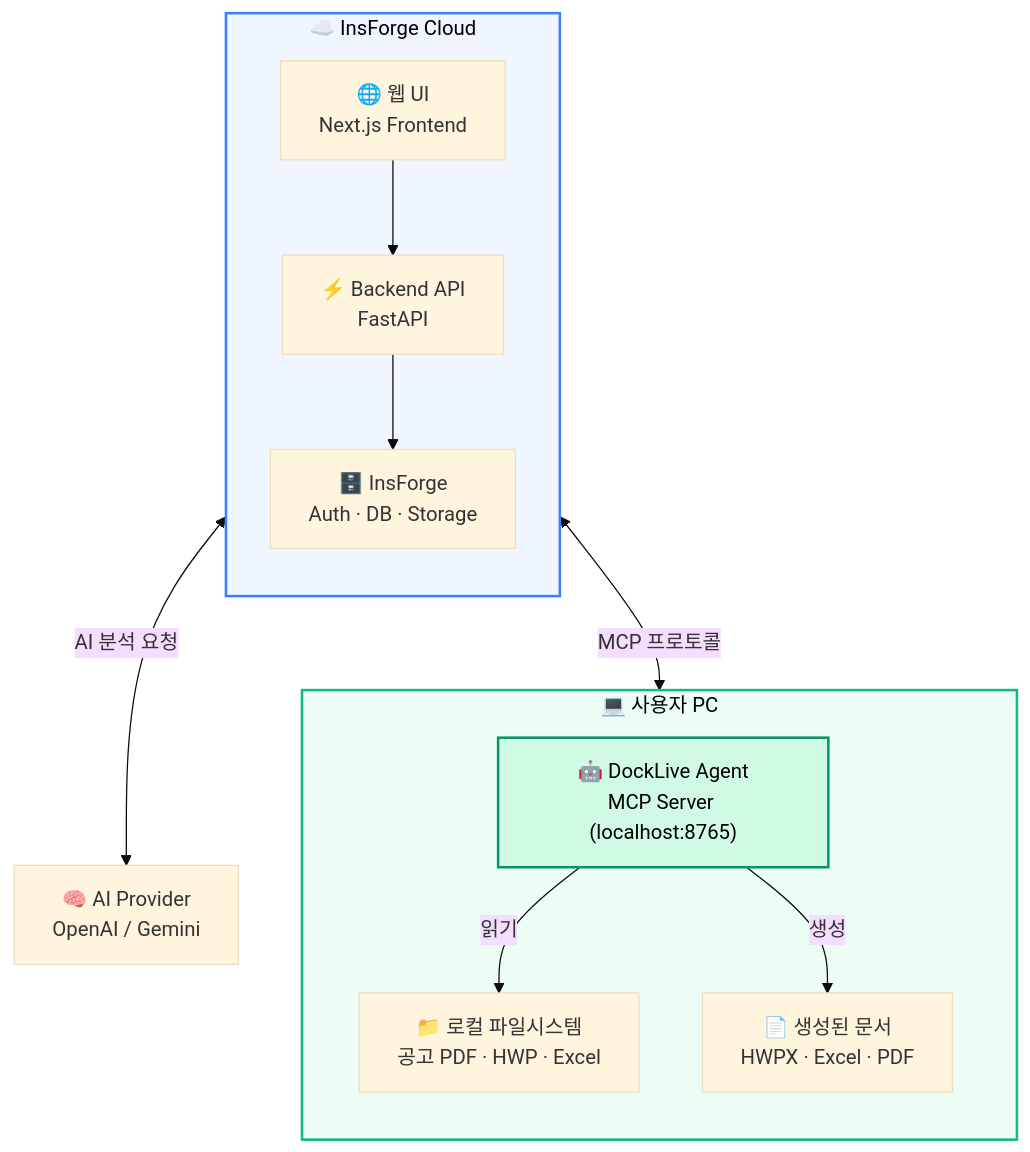
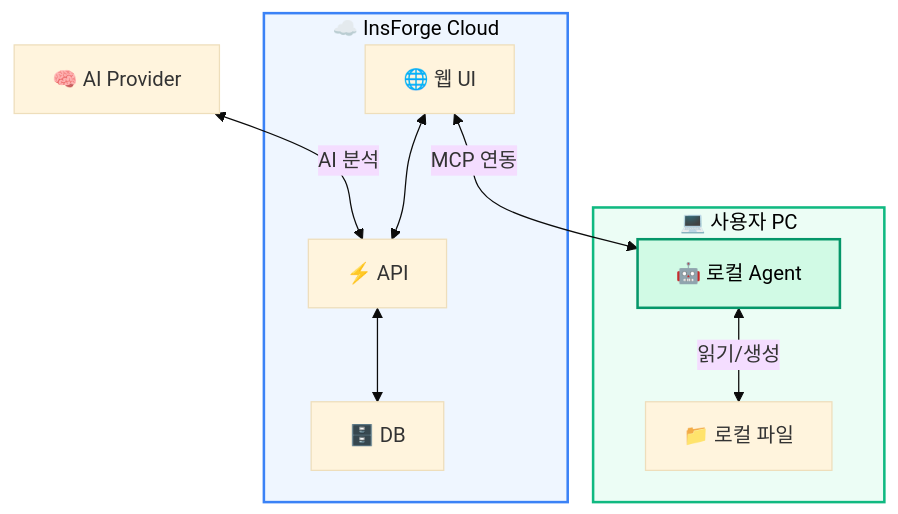
One commit to mingyugim090-debug/DockLive changed the first of 6 diagrams in README.md. Above: the diagram before and after it, drawn with Mermaid (base theme). The commit also changed other lines of this file, not shown here.

Commit message:
docs: Production URL 수정 및 다이어그램 크기(레이아웃) 최적화

````diff
--- a/README.md
+++ b/README.md
@@ -73,28 +73,18 @@
 ```mermaid
 flowchart TB
+    AI["🧠 AI Provider"] <-->|"AI 분석"| API
+    
+    subgraph CLOUD["☁️ InsForge Cloud"]
+        WEB["🌐 웹 UI"] <--> API["⚡ API"] <--> DB["🗄️ DB"]
+    end
+    
     subgraph LOCAL["💻 사용자 PC"]
-        direction TB
-        AGENT["🤖 DockLive Agent<br/>MCP Server (localhost:8765)"]
-        FS["📁 로컬 파일시스템<br/>공고 PDF · HWP · Excel"]
-        HWPX_OUT["📄 생성된 문서<br/>HWPX · Excel · PDF"]
-
-        AGENT -->|"읽기"| FS
-        AGENT -->|"생성"| HWPX_OUT
+        AGENT["🤖 로컬 Agent"] <-->|"읽기/생성"| FS["📁 로컬 파일"]
     end
 
-    subgraph CLOUD["☁️ InsForge Cloud"]
-        direction TB
-        WEB["🌐 웹 UI<br/>Next.js Frontend"]
-        API["⚡ Backend API<br/>FastAPI"]
-        DB["🗄️ InsForge<br/>Auth · DB · Storage"]
-
-        WEB --> API --> DB
-    end
-
-    WEB <-->|"MCP 프로토콜"| AGENT
-    API <-->|"AI 분석 요청"| AI["🧠 AI Provider<br/>OpenAI / Gemini"]
+    WEB <-->|"MCP 연동"| AGENT
 
     style LOCAL fill:#ecfdf5,stroke:#10b981,stroke-width:2px,color:#000
     style CLOUD fill:#eff6ff,stroke:#3b82f6,stroke-width:2px,color:#000
     style AGENT fill:#d1fae5,stroke:#059669,stroke-width:2px,color:#000
 ```
````
